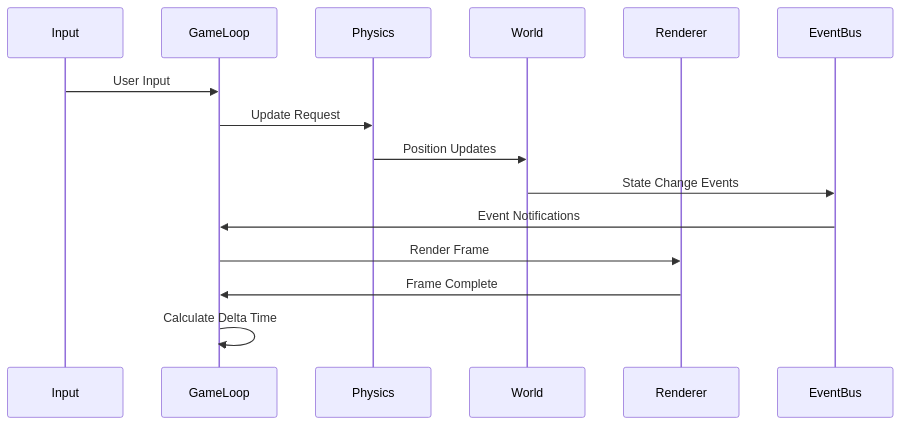
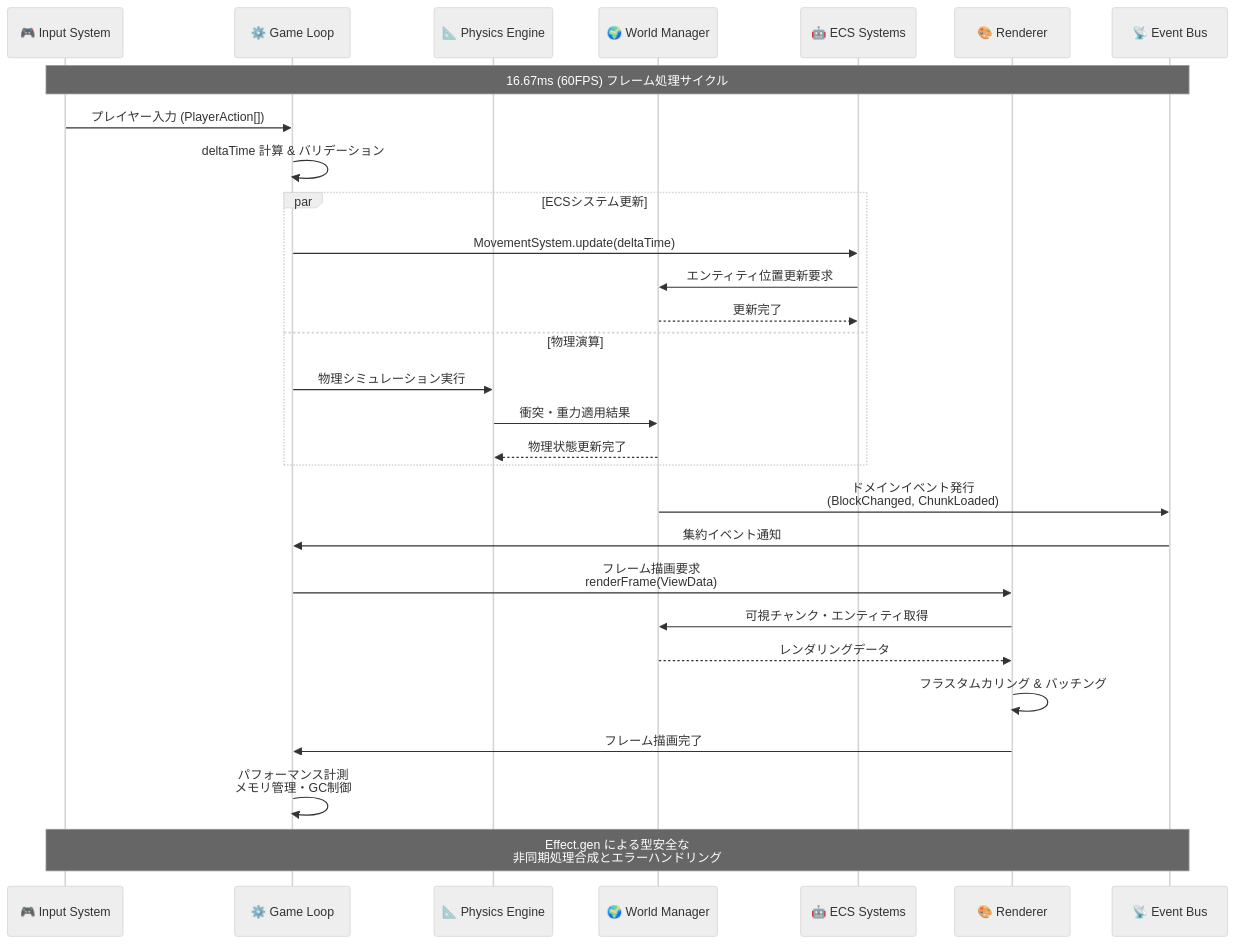
Before and after one commit to takeokunn/ts-minecraft: the second of 4 diagrams in docs/02-specifications/02-api-design/03-data-flow-diagram.md, drawn with Mermaid. The commit also changed other lines of this file and 124 other files, not shown here.

````diff
--- a/docs/02-specifications/02-api-design/03-data-flow-diagram.md
+++ b/docs/02-specifications/02-api-design/03-data-flow-diagram.md
@@ -56,18 +90,44 @@
 ```mermaid
+%%{init: {"theme": "neutral", "themeVariables": {"primaryColor": "#4285f4", "primaryTextColor": "#ffffff", "primaryBorderColor": "#ffffff", "lineColor": "#4285f4", "sectionBkgColor": "#f5f7fa", "tertiaryColor": "#f5f7fa"}}}%%
 sequenceDiagram
-    participant Input
-    participant GameLoop
-    participant Physics
-    participant World
-    participant Renderer
-    participant EventBus
+    participant Input as 🎮 Input System
+    participant GameLoop as ⚙️ Game Loop
+    participant Physics as 📐 Physics Engine
+    participant World as 🌍 World Manager
+    participant ECS as 🤖 ECS Systems
+    participant Renderer as 🎨 Renderer
+    participant EventBus as 📡 Event Bus
 
-    Input->>GameLoop: User Input
-    GameLoop->>Physics: Update Request
-    Physics->>World: Position Updates
-    World->>EventBus: State Change Events
-    EventBus->>GameLoop: Event Notifications
-    GameLoop->>Renderer: Render Frame
-    Renderer->>GameLoop: Frame Complete
-    GameLoop->>GameLoop: Calculate Delta Time
+    Note over Input, EventBus: 16.67ms (60FPS) フレーム処理サイクル
+
+    %% Input Phase
+    Input->>GameLoop: プレイヤー入力 (PlayerAction[])
+    GameLoop->>GameLoop: deltaTime 計算 & バリデーション
+
+    %% Update Phase (Systems parallel execution)
+    par ECSシステム更新
+        GameLoop->>ECS: MovementSystem.update(deltaTime)
+        ECS->>World: エンティティ位置更新要求
+        World-->>ECS: 更新完了
+    and 物理演算
+        GameLoop->>Physics: 物理シミュレーション実行
+        Physics->>World: 衝突・重力適用結果
+        World-->>Physics: 物理状態更新完了
+    end
+
+    %% Event Propagation
+    World->>EventBus: ドメインイベント発行<br/>(BlockChanged, ChunkLoaded)
+    EventBus->>GameLoop: 集約イベント通知
+
+    %% Render Phase
+    GameLoop->>Renderer: フレーム描画要求<br/>renderFrame(ViewData)
+    Renderer->>World: 可視チャンク・エンティティ取得
+    World-->>Renderer: レンダリングデータ
+    Renderer->>Renderer: フラスタムカリング & バッチング
+    Renderer->>GameLoop: フレーム描画完了
+
+    %% Cleanup & Next Frame
+    GameLoop->>GameLoop: パフォーマンス計測<br/>メモリ管理・GC制御
+
+    Note over Input, EventBus: Effect.gen による型安全な<br/>非同期処理合成とエラーハンドリング
 ```
````
